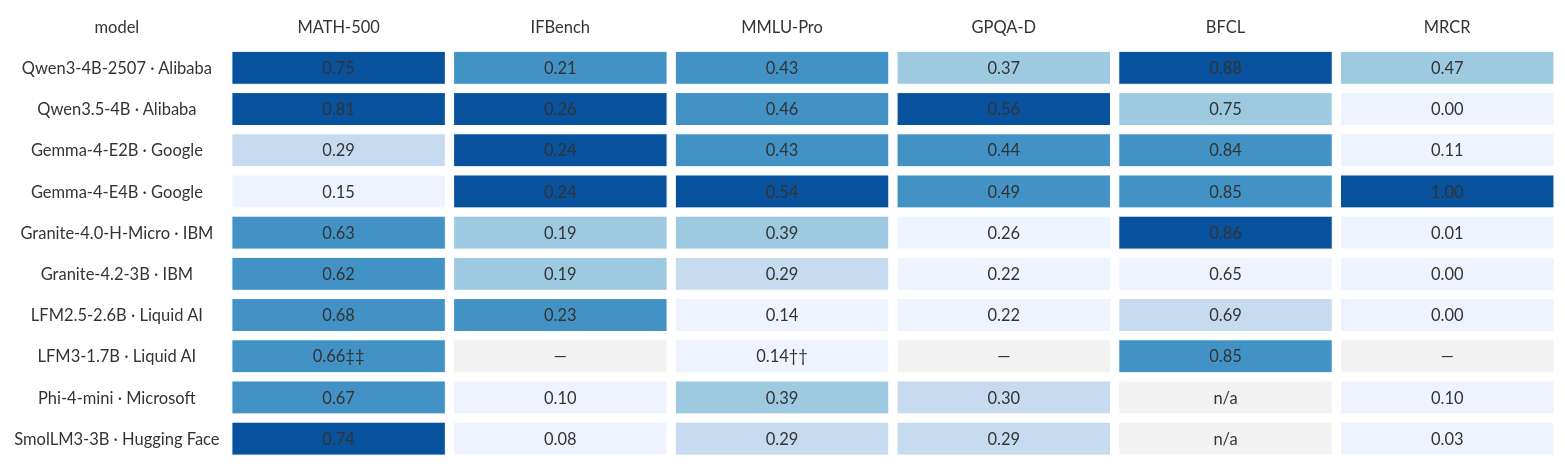
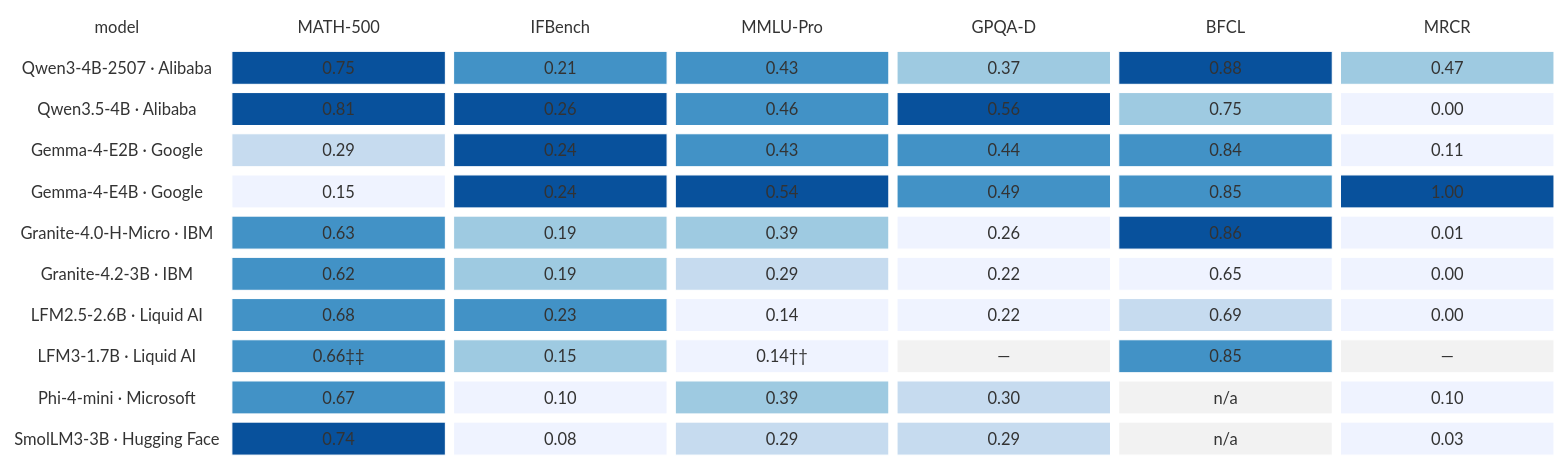
The second of 2 diagrams in models.md (maximosipov/macbook-pro-2019-radeon-5500m-4gb), drawn with Mermaid before and after one commit. The commit also changed other lines of this file and 1 other file, not shown here.

Commit message:
Add LFM3 instruction-following evaluation

```diff
--- a/models.md
+++ b/models.md
@@ -92,7 +92,7 @@
     m4["Granite-4.0-H-Micro · IBM"] c4_0["0.63"] c4_1["0.19"] c4_2["0.39"] c4_3["0.26"] c4_4["0.86"] c4_5["0.01"]
     m5["Granite-4.2-3B · IBM"] c5_0["0.62"] c5_1["0.19"] c5_2["0.29"] c5_3["0.22"] c5_4["0.65"] c5_5["0.00"]
     m6["LFM2.5-2.6B · Liquid AI"] c6_0["0.68"] c6_1["0.23"] c6_2["0.14"] c6_3["0.22"] c6_4["0.69"] c6_5["0.00"]
-    m7["LFM3-1.7B · Liquid AI"] c7_0["0.66‡‡"] c7_1["—"] c7_2["0.14††"] c7_3["—"] c7_4["0.85"] c7_5["—"]
+    m7["LFM3-1.7B · Liquid AI"] c7_0["0.66‡‡"] c7_1["0.15"] c7_2["0.14††"] c7_3["—"] c7_4["0.85"] c7_5["—"]
     m8["Phi-4-mini · Microsoft"] c8_0["0.67"] c8_1["0.10"] c8_2["0.39"] c8_3["0.30"] c8_4["n/a"] c8_5["0.10"]
     m9["SmolLM3-3B · Hugging Face"] c9_0["0.74"] c9_1["0.08"] c9_2["0.29"] c9_3["0.29"] c9_4["n/a"] c9_5["0.03"]
     style h0 fill:#ffffff,stroke:#ffffff,color:#333333,font-weight:bold
@@ -129,9 +129,9 @@
     style c4_1 fill:#9ecae1,stroke:#ffffff,color:#1a1a1a
     style c5_1 fill:#9ecae1,stroke:#ffffff,color:#1a1a1a
     style c6_1 fill:#4292c6,stroke:#ffffff,color:#ffffff
+    style c7_1 fill:#9ecae1,stroke:#ffffff,color:#1a1a1a
     style c8_1 fill:#eff3ff,stroke:#ffffff,color:#1a1a1a
     style c9_1 fill:#eff3ff,stroke:#ffffff,color:#1a1a1a
-    style c7_1 fill:#f2f2f2,stroke:#ffffff,color:#999999
     style c0_2 fill:#4292c6,stroke:#ffffff,color:#ffffff
     style c1_2 fill:#4292c6,stroke:#ffffff,color:#ffffff
     style c2_2 fill:#4292c6,stroke:#ffffff,color:#ffffff
```
